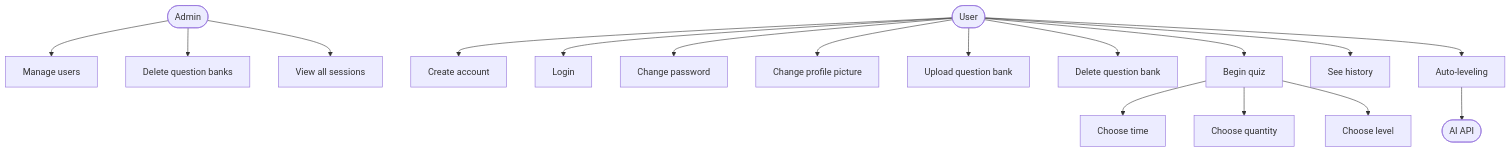
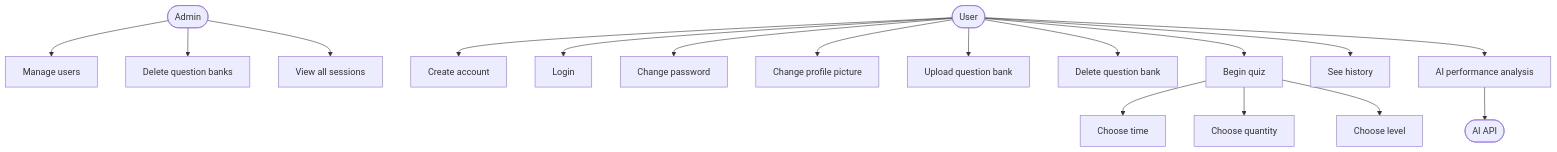
The diagram in docs/use-cases.md (LuisDavidMSilva/provr), drawn with Mermaid before and after one commit. The commit also changed 5 other files, not shown here.

````diff
--- a/docs/use-cases.md
+++ b/docs/use-cases.md
@@ -2,25 +2,25 @@
 ```mermaid
 graph TD
     U([User])
     A([Admin])
 
     A --> A1[Manage users]
     A --> A2[Delete question banks]
     A --> A3[View all sessions]
 
     U --> UC1[Create account]
     U --> UC2[Login]
     U --> UC3[Change password]
     U --> UC4[Change profile picture]
     U --> UC5[Upload question bank]
     U --> UC6[Delete question bank]
     U --> UC7[Begin quiz]
     U --> UC8[See history]
-    U --> UC9[Auto-leveling]
+    U --> UC9[AI performance analysis]
 
     UC7 --> UC10[Choose time]
     UC7 --> UC11[Choose quantity]
     UC7 --> UC12[Choose level]
 
     UC9 --> AI([AI API])
 ```
````
